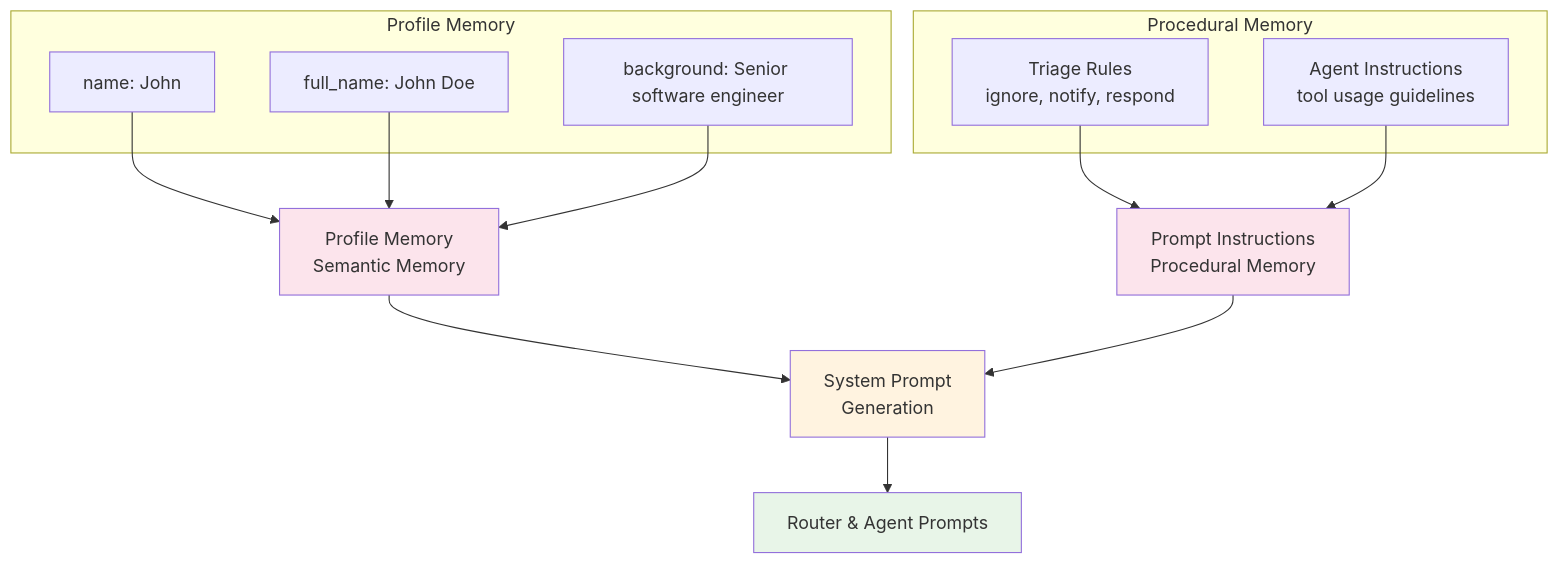
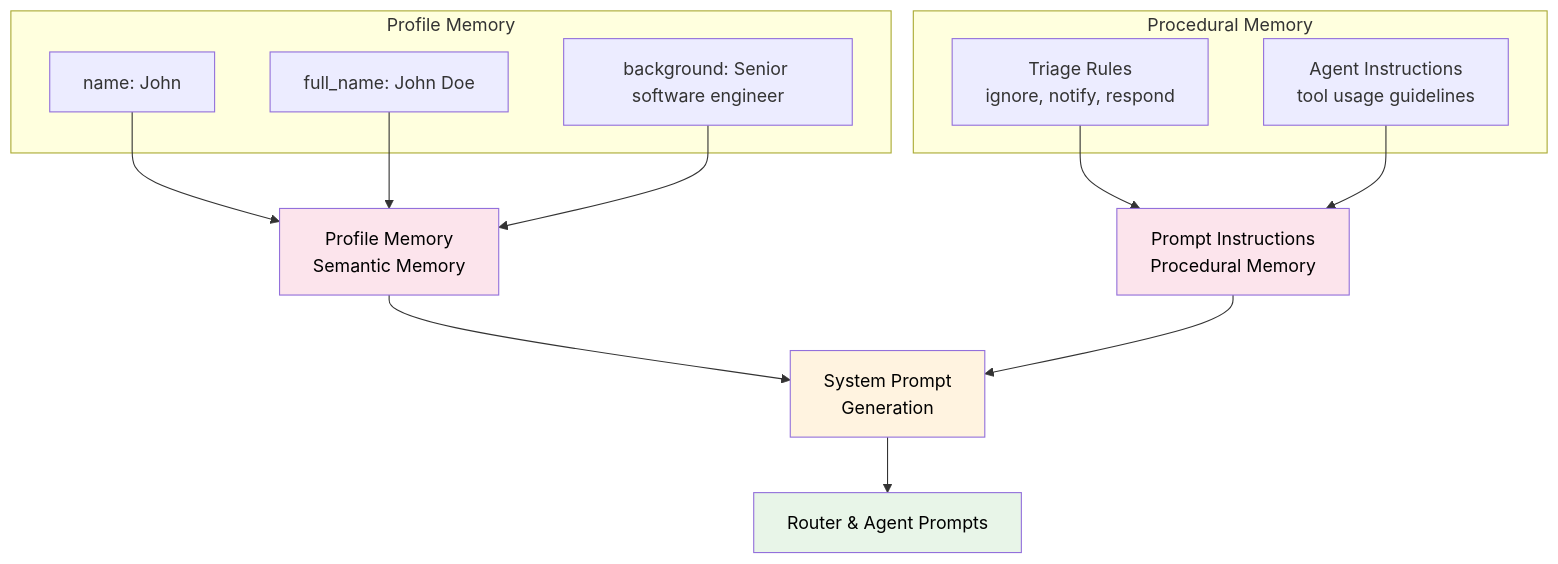
One commit to TaegyunHa/LangChain changed the second of 5 diagrams in LangGraph_Long_Term_Agentic_Memory/2_Baseline_Email_Assistant.md. Above: the diagram before and after it, drawn with Mermaid. The commit also changed other lines of this file and 11 other files, not shown here.

````diff
--- a/LangGraph_Long_Term_Agentic_Memory/2_Baseline_Email_Assistant.md
+++ b/LangGraph_Long_Term_Agentic_Memory/2_Baseline_Email_Assistant.md
@@ -194,29 +194,29 @@
 ```mermaid
 flowchart TB
     A[Profile Memory<br/>Semantic Memory] --> C[System Prompt<br/>Generation]
     B[Prompt Instructions<br/>Procedural Memory] --> C
     
     subgraph "Profile Memory"
         A1[name: John]
         A2[full_name: John Doe]
         A3[background: Senior software engineer]
     end
     
     subgraph "Procedural Memory"
         B1[Triage Rules<br/>ignore, notify, respond]
         B2[Agent Instructions<br/>tool usage guidelines]
     end
     
     A1 --> A
     A2 --> A
     A3 --> A
     B1 --> B
     B2 --> B
     
     C --> D[Router & Agent Prompts]
     
-    style A fill:#fce4ec
-    style B fill:#fce4ec
-    style C fill:#fff3e0
-    style D fill:#e8f5e8
+    style A fill:#fce4ec, color:#000
+    style B fill:#fce4ec, color:#000
+    style C fill:#fff3e0, color:#000
+    style D fill:#e8f5e8, color:#000
 ```
````
